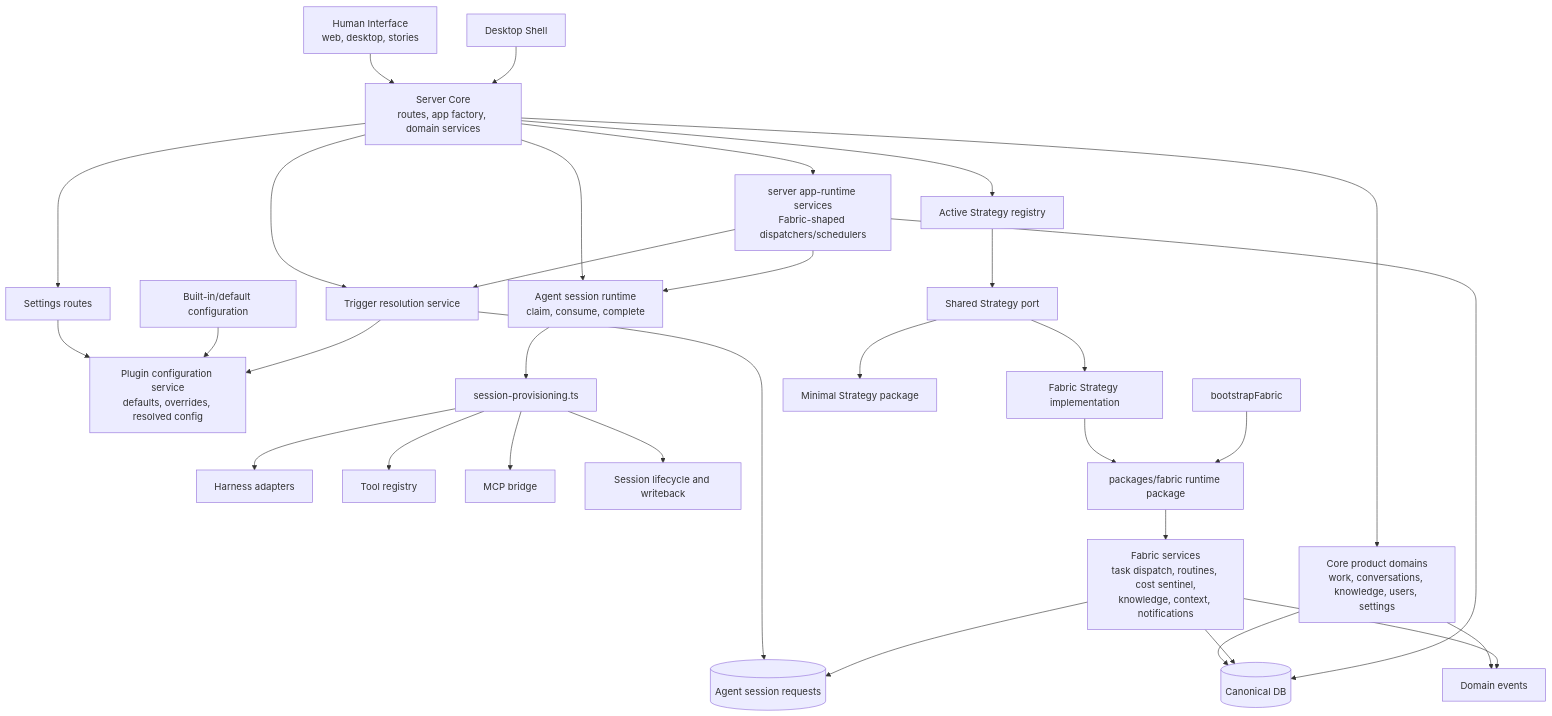
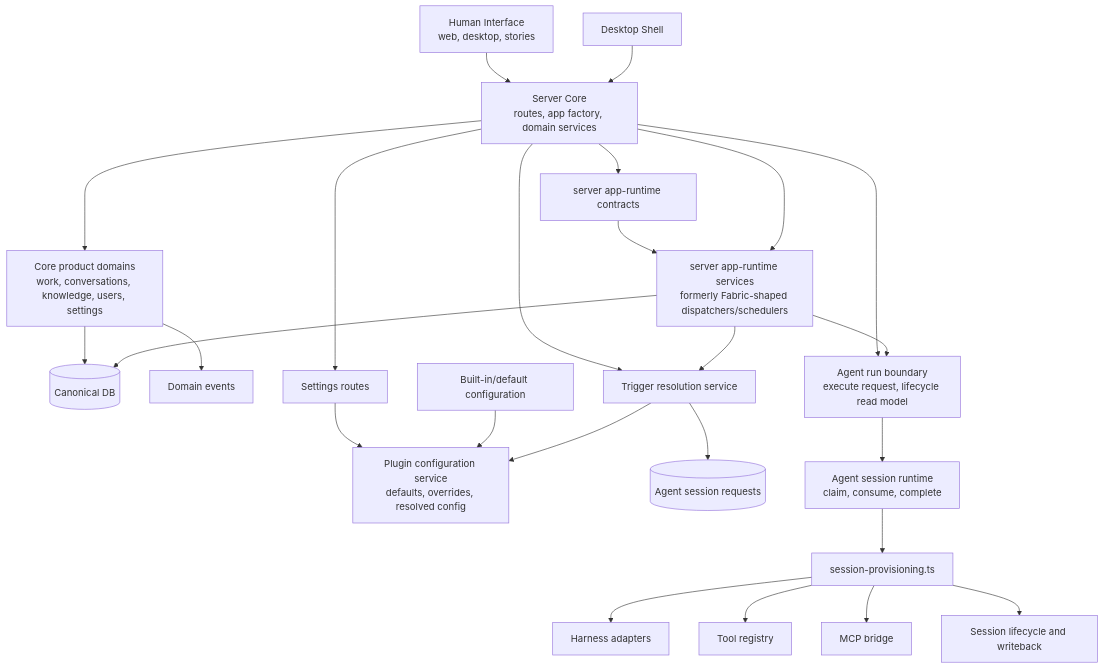
The first of 2 diagrams in plans/strategy-kernel-plugin-split/as-is-vs-should-dependency-graph.md (idle-builders/hyperidle), drawn with Mermaid before and after one commit. The commit also changed other lines of this file, not shown here.

Commit message:
docs: update AU7 dependency graph status

````diff
--- a/plans/strategy-kernel-plugin-split/as-is-vs-should-dependency-graph.md
+++ b/plans/strategy-kernel-plugin-split/as-is-vs-should-dependency-graph.md
@@ -44,41 +74,33 @@
 ```mermaid
 flowchart TD
   HumanInterface[Human Interface<br/>web, desktop, stories] --> ServerCore[Server Core<br/>routes, app factory, domain services]
   DesktopShell[Desktop Shell] --> ServerCore
 
   ServerCore --> CoreDomains[Core product domains<br/>work, conversations, knowledge, users, settings]
   CoreDomains --> CanonicalStore[(Canonical DB)]
   CoreDomains --> DomainEvents[Domain events]
 
   ServerCore --> SettingsRoutes[Settings routes]
   SettingsRoutes --> PluginConfig[Plugin configuration service<br/>defaults, overrides, resolved config]
   BuiltInDefaults[Built-in/default configuration] --> PluginConfig
 
   ServerCore --> TriggerResolution[Trigger resolution service]
   TriggerResolution --> PluginConfig
   TriggerResolution --> AgentSessionRequests[(Agent session requests)]
 
-  ServerCore --> AgentSessionRuntime[Agent session runtime<br/>claim, consume, complete]
+  ServerCore --> AgentRunBoundary[Agent run boundary<br/>execute request, lifecycle read model]
+  AgentRunBoundary --> AgentSessionRuntime[Agent session runtime<br/>claim, consume, complete]
   AgentSessionRuntime --> SessionProvisioning[session-provisioning.ts]
   SessionProvisioning --> HarnessAdapters[Harness adapters]
   SessionProvisioning --> ToolRegistry[Tool registry]
   SessionProvisioning --> McpBridge[MCP bridge]
   SessionProvisioning --> SessionLifecycle[Session lifecycle and writeback]
 
-  ServerCore --> StrategyRegistry[Active Strategy registry]
-  StrategyRegistry --> StrategyPort[Shared Strategy port]
-  StrategyPort --> FabricStrategy[Fabric Strategy implementation]
-  StrategyPort --> MinimalStrategy[Minimal Strategy package]
+  ServerCore --> AppRuntimeContracts[server app-runtime contracts]
+  AppRuntimeContracts --> AppRuntimeServices
 
-  FabricStrategy --> FabricPackage[packages/fabric runtime package]
-  FabricBootstrap[bootstrapFabric] --> FabricPackage
-  FabricPackage --> FabricServices[Fabric services<br/>task dispatch, routines, cost sentinel,<br/>knowledge, context, notifications]
-  FabricServices --> CanonicalStore
-  FabricServices --> DomainEvents
-  FabricServices --> AgentSessionRequests
-
-  ServerCore --> AppRuntimeServices[server app-runtime services<br/>Fabric-shaped dispatchers/schedulers]
+  ServerCore --> AppRuntimeServices[server app-runtime services<br/>formerly Fabric-shaped dispatchers/schedulers]
   AppRuntimeServices --> TriggerResolution
-  AppRuntimeServices --> AgentSessionRuntime
+  AppRuntimeServices --> AgentRunBoundary
   AppRuntimeServices --> CanonicalStore
 ```
````
